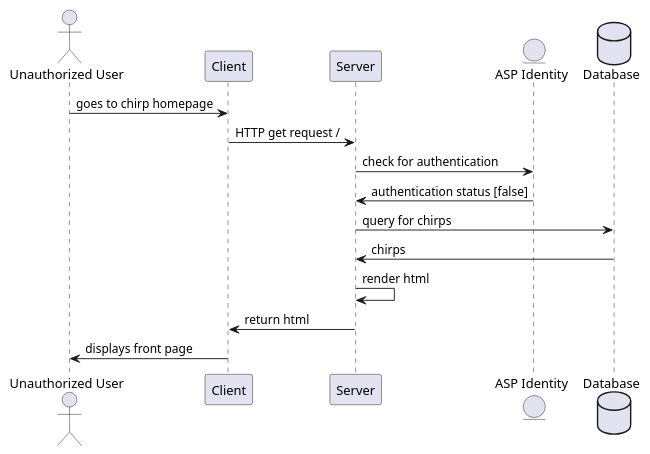
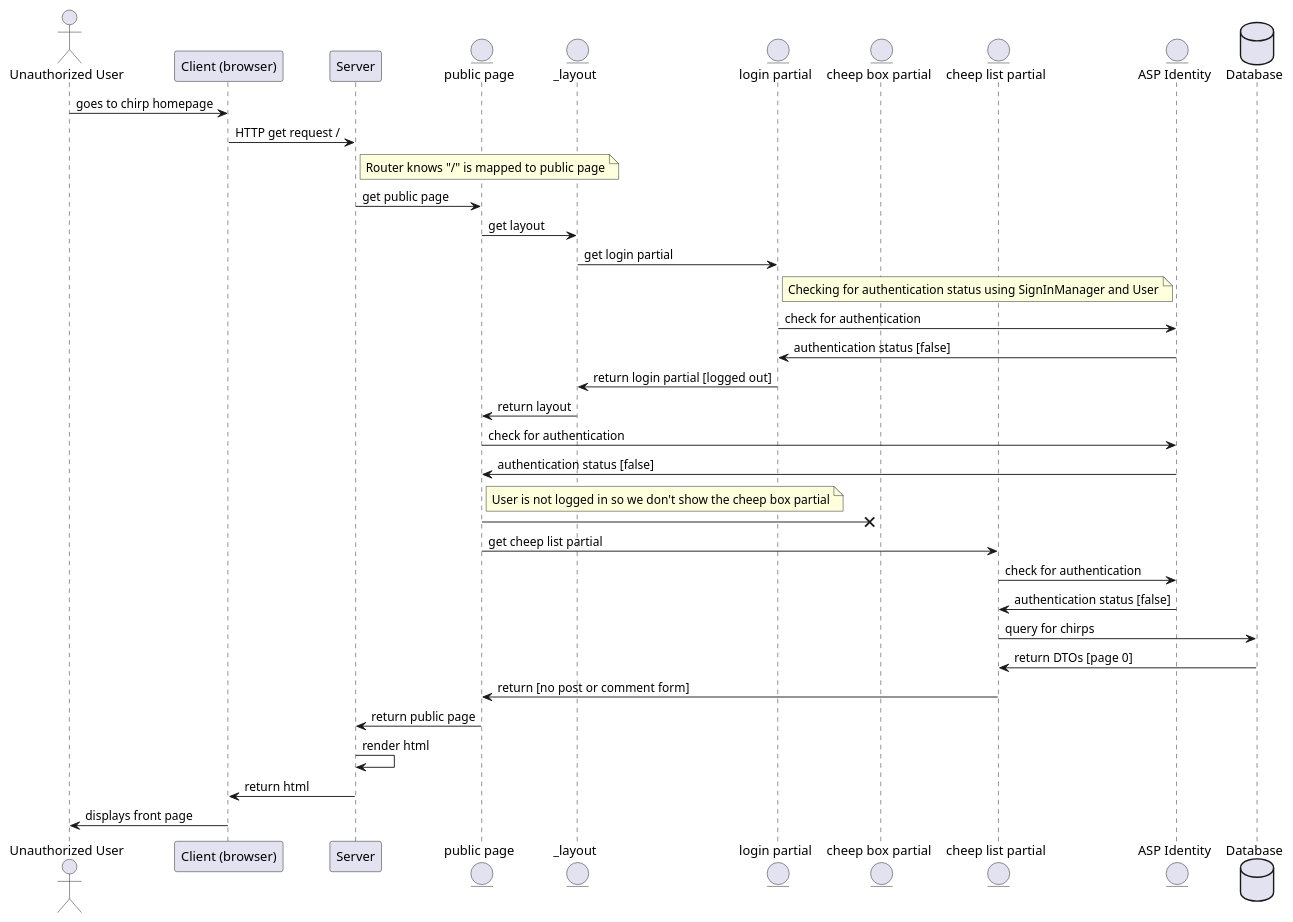
The diagram in docs/diagrams/sequence.puml (ITU-BDSA2024-GROUP9/Chirp), drawn with PlantUML before and after one commit.

```diff
--- a/docs/diagrams/sequence.puml
+++ b/docs/diagrams/sequence.puml
@@ -1,22 +1,46 @@
 @startuml
-
-actor       "Unauthorized User" as usr
-participant Client              as client
-participant Server              as server
-
-entity      "ASP Identity"        as asp
-database    Database            as DB
+ 
+actor       "Unauthorized User"  as usr
+participant "Client (browser)"   as client
+participant Server               as server
+entity      "public page"        as public
+entity      "_layout"            as layout
+entity      "login partial"      as login
+entity      "cheep box partial"  as box
+entity      "cheep list partial" as cheeps
+entity      "ASP Identity"       as asp
+database    Database             as DB
 
 usr -> client : goes to chirp homepage
 client -> server : HTTP get request /
-server -> asp : check for authentication
-asp -> server : authentication status [false]
-server -> DB : query for chirps
-DB -> server : chirps
+note right of server : Router knows "/" is mapped to public page
+server -> public : get public page
+
+public -> layout : get layout
+layout -> login : get login partial
+note right of login : Checking for authentication status using SignInManager and User
+login -> asp : check for authentication
+asp -> login : authentication status [false]
+login -> layout : return login partial [logged out]
+layout -> public : return layout
+
+public -> asp : check for authentication
+asp -> public : authentication status [false]
+note right of public : User is not logged in so we don't show the cheep box partial
+public ->X box 
+
+public -> cheeps : get cheep list partial
+cheeps -> asp : check for authentication
+asp -> cheeps : authentication status [false]
+cheeps -> DB : query for chirps
+DB -> cheeps : return DTOs [page 0]
+cheeps -> public : return [no post or comment form]
+
+public -> server : return public page
 server -> server : render html
 server -> client : return html
 client -> usr : displays front page
 
 
 
 @enduml
```
